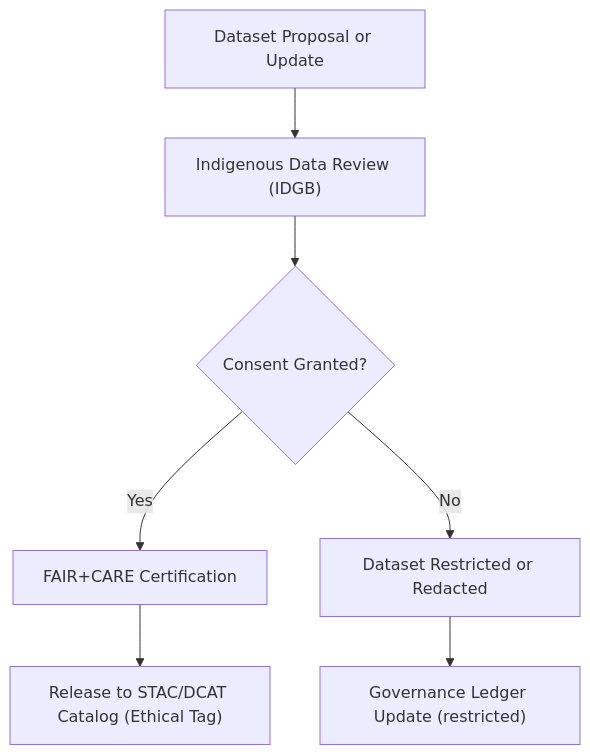
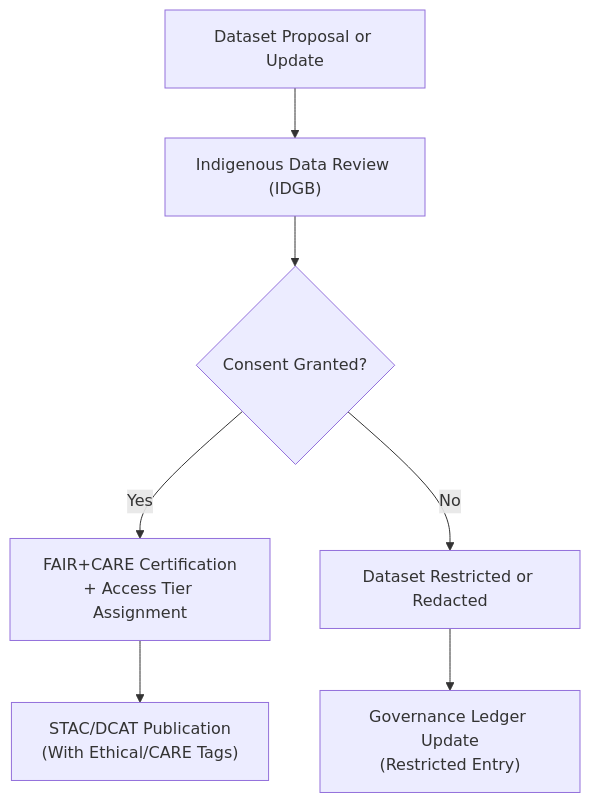
The diagram in docs/data/governance/indigenous-data-protocol.md (bartytime4life/Kansas-Frontier-Matrix), drawn with Mermaid before and after one commit. The commit also changed other lines of this file, not shown here.

````diff
--- a/docs/data/governance/indigenous-data-protocol.md
+++ b/docs/data/governance/indigenous-data-protocol.md
@@ -80,9 +125,9 @@
-```mermaid
+~~~mermaid
 flowchart TD
-A["Dataset Proposal or Update"] --> B["Indigenous Data Review (IDGB)"]
-B --> C{"Consent Granted?"}
-C -- Yes --> D["FAIR+CARE Certification"]
-C -- No --> E["Dataset Restricted or Redacted"]
-D --> F["Release to STAC/DCAT Catalog (Ethical Tag)"]
-E --> G["Governance Ledger Update (restricted)"]
-```
+  A["Dataset Proposal or Update"] --> B["Indigenous Data Review (IDGB)"]
+  B --> C{"Consent Granted?"}
+  C -- Yes --> D["FAIR+CARE Certification\n+ Access Tier Assignment"]
+  C -- No --> E["Dataset Restricted or Redacted"]
+  D --> F["STAC/DCAT Publication\n(With Ethical/CARE Tags)"]
+  E --> G["Governance Ledger Update\n(Restricted Entry)"]
+~~~
````
